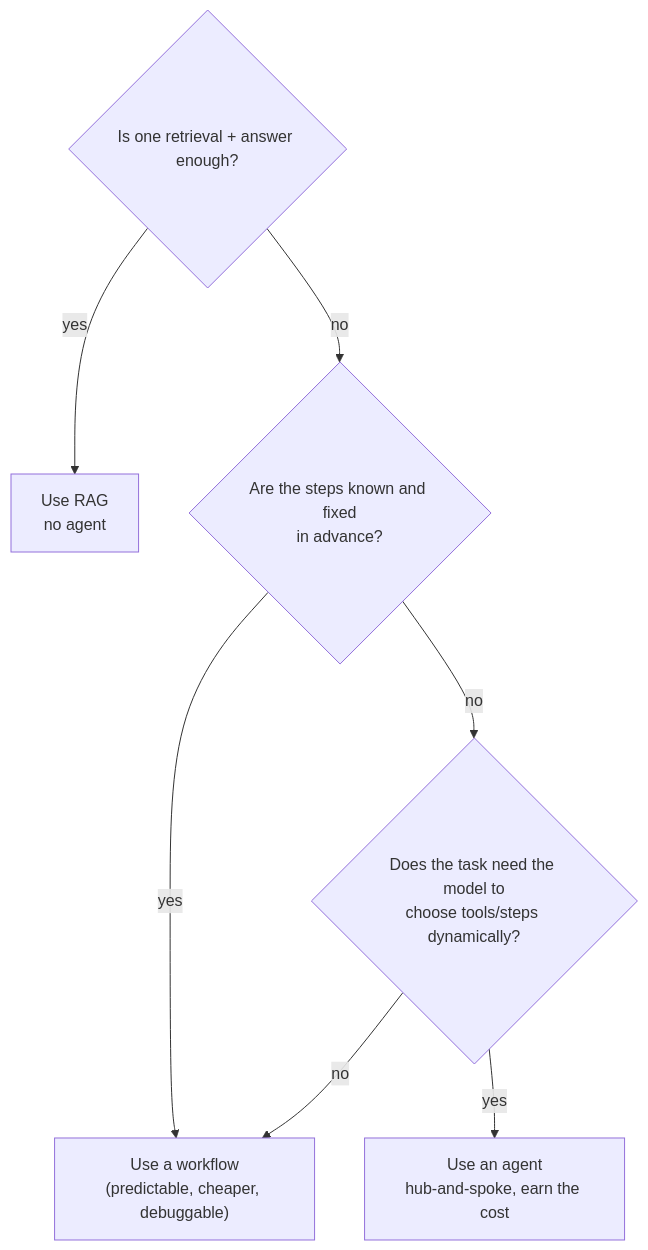
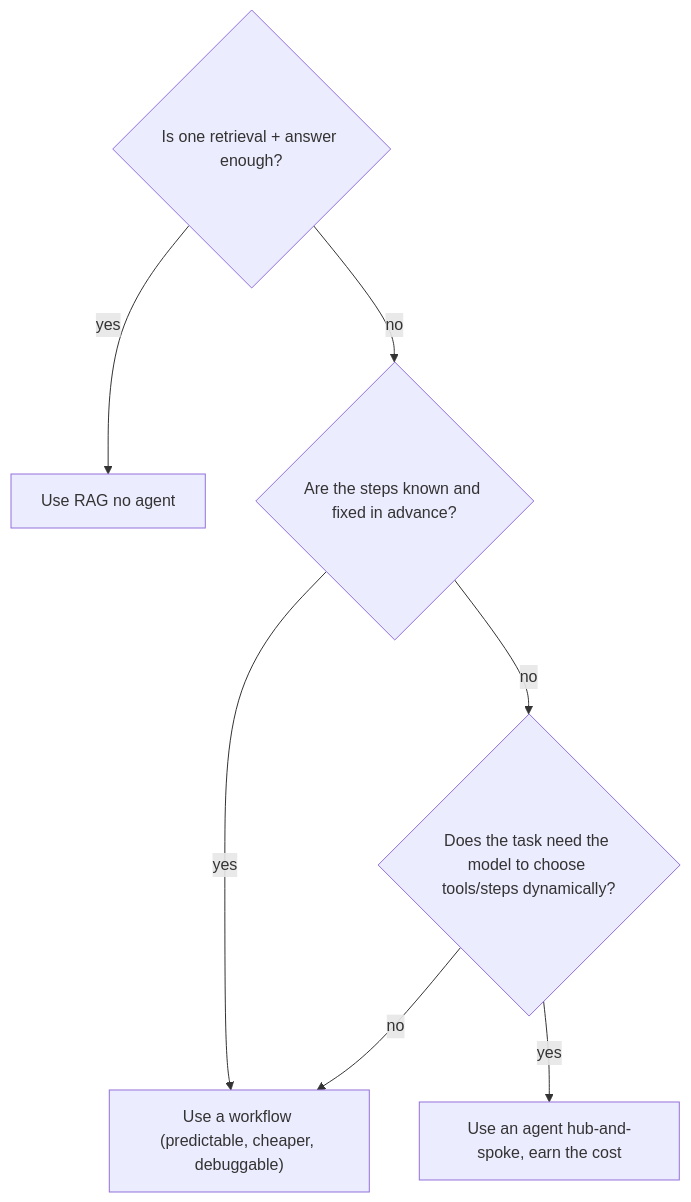
Before and after one commit to WBHankins93/ai-engineering-studio: the diagram in decision-frames/do-we-need-an-agent.md, drawn with Mermaid. The commit also changed 6 other files, not shown here.

Commit message:
Simplify mermaid labels to strict-mode-safe single lines

````diff
--- a/decision-frames/do-we-need-an-agent.md
+++ b/decision-frames/do-we-need-an-agent.md
@@ -24,10 +24,10 @@
 ```mermaid
 flowchart TD
   Q1{"Is one retrieval + answer enough?"}
-  Q1 -->|yes| RAG["Use RAG<br/>no agent"]
-  Q1 -->|no| Q2{"Are the steps known and fixed<br/>in advance?"}
-  Q2 -->|yes| WF["Use a workflow<br/>(predictable, cheaper, debuggable)"]
-  Q2 -->|no| Q3{"Does the task need the model to<br/>choose tools/steps dynamically?"}
+  Q1 -->|yes| RAG["Use RAG no agent"]
+  Q1 -->|no| Q2{"Are the steps known and fixed in advance?"}
+  Q2 -->|yes| WF["Use a workflow (predictable, cheaper, debuggable)"]
+  Q2 -->|no| Q3{"Does the task need the model to choose tools/steps dynamically?"}
   Q3 -->|no| WF
-  Q3 -->|yes| AG["Use an agent<br/>hub-and-spoke, earn the cost"]
+  Q3 -->|yes| AG["Use an agent hub-and-spoke, earn the cost"]
 ```
````
